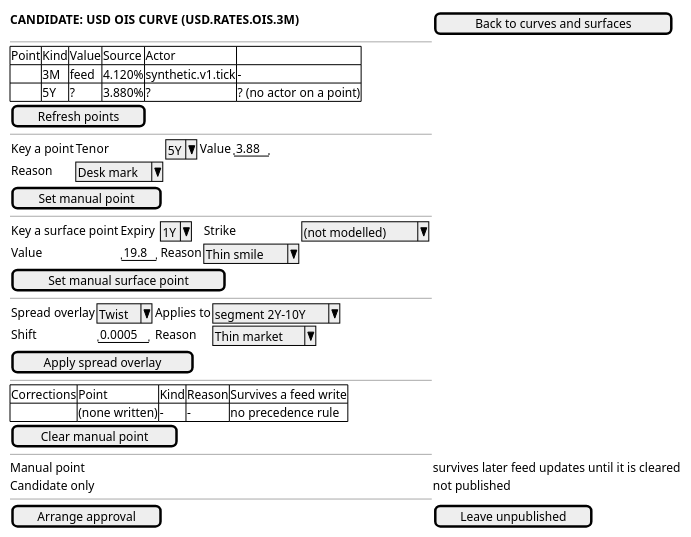
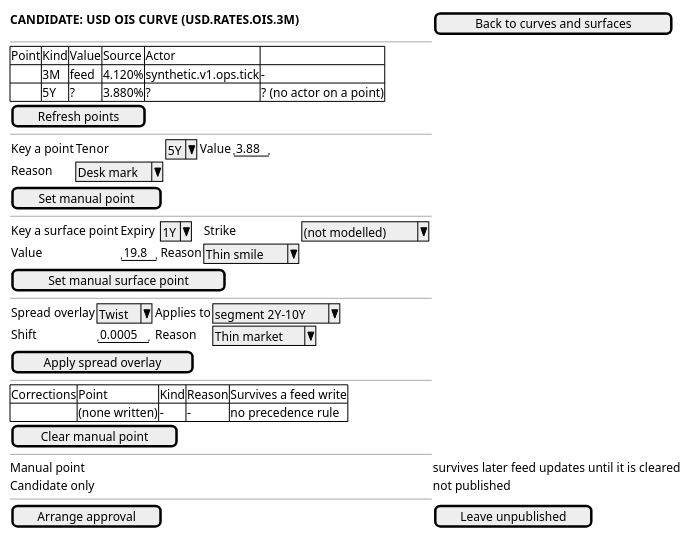
The diagram in doc/knowledge/journeys/market_data/wireframe_adjust-a-curve-or-surface-by-hand.puml (OreStudio/OreStudio), drawn with PlantUML before and after one commit. The commit also changed 52 other files, not shown here.

```diff
--- a/doc/knowledge/journeys/market_data/wireframe_adjust-a-curve-or-surface-by-hand.puml
+++ b/doc/knowledge/journeys/market_data/wireframe_adjust-a-curve-or-surface-by-hand.puml
@@ -18,44 +18,44 @@
 @startuml
 
 salt
 {
   <b>CANDIDATE: USD OIS CURVE (USD.RATES.OIS.3M)</b> | [ Back to curves and surfaces ]
   --
   {#
     Point | Kind | Value | Source | Actor
-    . | 3M | feed | 4.120% | synthetic.v1.tick | -
+    . | 3M | feed | 4.120% | synthetic.v1.ops.tick | -
     . | 5Y | ? | 3.880% | ? | ? (no actor on a point)
   }
   [ Refresh points ]
   --
   {
     Key a point | Tenor | ^5Y^ | Value | "3.88"
     Reason | ^Desk mark^
   }
   [ Set manual point ]
   --
   {
     Key a surface point | Expiry | ^1Y^ | Strike | ^(not modelled)^
     Value | "19.8" | Reason | ^Thin smile^
   }
   [ Set manual surface point ]
   --
   {
     Spread overlay | ^Twist^ | Applies to | ^segment 2Y-10Y^
     Shift | "0.0005" | Reason | ^Thin market^
   }
   [ Apply spread overlay ]
   --
   {#
     Corrections | Point | Kind | Reason | Survives a feed write
     . | (none written) | - | - | no precedence rule
   }
   [ Clear manual point ]
   --
   Manual point | survives later feed updates until it is cleared
   Candidate only | not published
   --
   [ Arrange approval ] | [ Leave unpublished ]
 }
 
 @enduml
```
